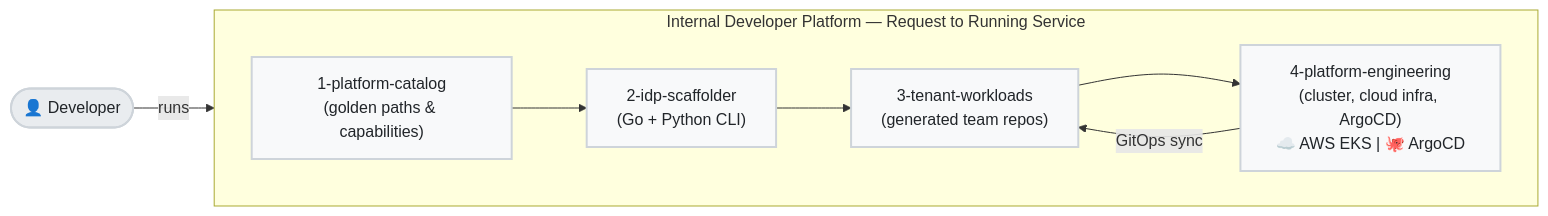
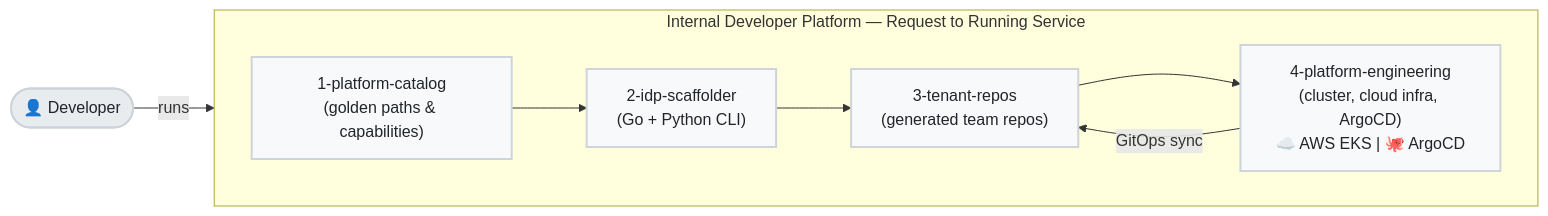
One commit to ok-karthik/internal-developer-platform changed the first of 4 diagrams in README.md. Above: the diagram before and after it, drawn with Mermaid. The commit also changed other lines of this file and 12 other files, not shown here.

First line of the commit message:
docs: update PLAN.md, AGENTS.md, README.md, and runbooks for reference architecture

````diff
--- a/README.md
+++ b/README.md
@@ -21,23 +21,23 @@
 ```mermaid
 flowchart LR
     Dev(["👤 Developer"])
 
     subgraph IDP ["Internal Developer Platform — Request to Running Service"]
         direction LR
         B1["1-platform-catalog<br/>(golden paths & capabilities)"]
         B2["2-idp-scaffolder<br/>(Go + Python CLI)"]
-        B3["3-tenant-workloads<br/>(generated team repos)"]
+        B3["3-tenant-repos<br/>(generated team repos)"]
         B4["4-platform-engineering<br/>(cluster, cloud infra, ArgoCD)<br/>☁️ AWS EKS | 🐙 ArgoCD"]
 
         B1 --> B2
         B2 --> B3
         B3 --> B4
         B4 -- "GitOps sync" --> B3
     end
 
     Dev -->|runs| B2
 
     classDef default fill:#f8f9fa,stroke:#ced4da,stroke-width:2px,color:#212529;
     classDef person fill:#e9ecef,stroke:#ced4da,stroke-width:2px,color:#212529;
     class Dev person;
 ```
````
